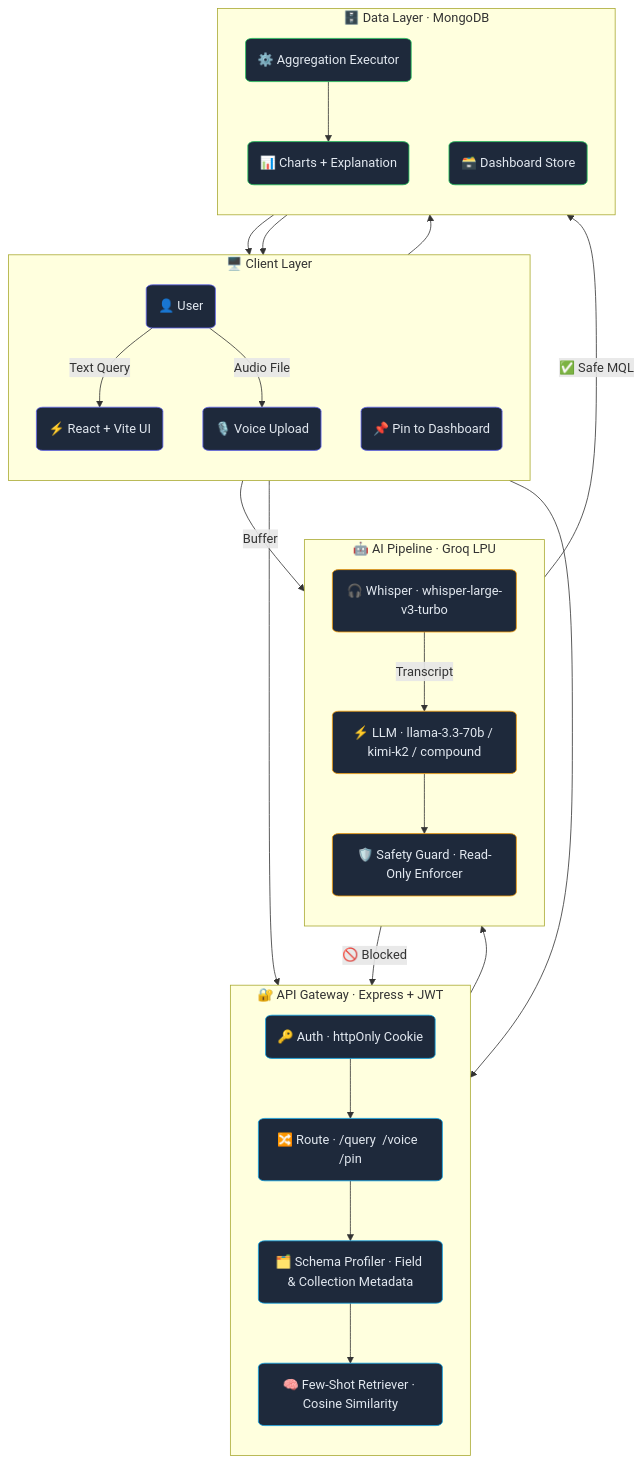
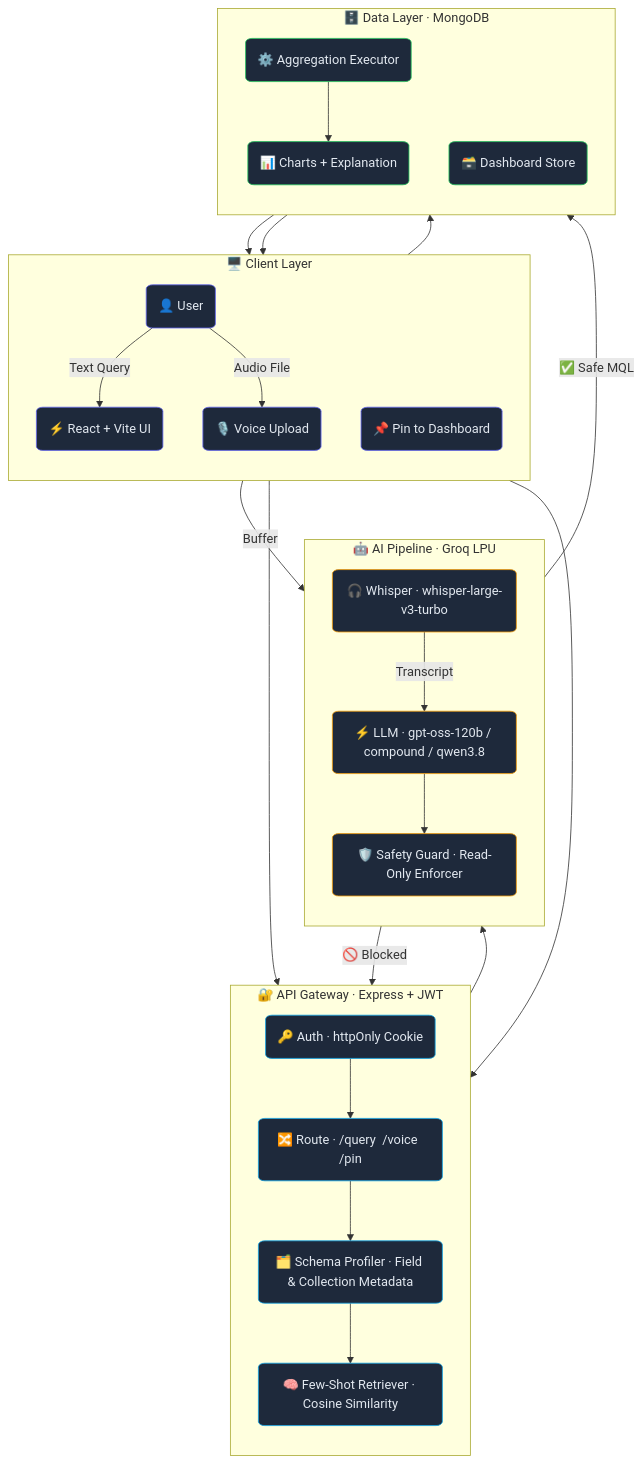
Before and after one commit to lakshmanbhukya/AtlasMind: the diagram in README.md, drawn with Mermaid. The commit also changed 2 other files, not shown here.

Commit message:
docs:  updated system architecture documentation, server environment template, and update LLM model references in README

````diff
--- a/README.md
+++ b/README.md
@@ -85,64 +85,64 @@
 ```mermaid
 flowchart TD
     subgraph CLIENT["🖥️  Client Layer"]
         direction TB
         U("👤 User")
         UI("⚡ React + Vite UI")
         VOICE("🎙️ Voice Upload")
         PIN("📌 Pin to Dashboard")
     end
 
     subgraph GATEWAY["🔐  API Gateway  ·  Express + JWT"]
         direction TB
         AUTH("🔑 Auth · httpOnly Cookie")
         ROUTE("🔀 Route · /query  /voice  /pin")
         SCHEMA("🗂️ Schema Profiler · Field & Collection Metadata")
         FEWSHOT("🧠 Few-Shot Retriever · Cosine Similarity")
     end
 
     subgraph AI["🤖  AI Pipeline  ·  Groq LPU"]
         direction TB
-        LLM("⚡ LLM · llama-3.3-70b / kimi-k2 / compound")
+        LLM("⚡ LLM · gpt-oss-120b / compound / qwen3.8")
         GUARD("🛡️ Safety Guard · Read-Only Enforcer")
         WHISPER("🎧 Whisper · whisper-large-v3-turbo")
     end
 
     subgraph DATA["🗄️  Data Layer  ·  MongoDB"]
         direction TB
         AGG("⚙️ Aggregation Executor")
         RESULT("📊 Charts + Explanation")
         DASH("🗃️ Dashboard Store")
     end
 
     U -- "Text Query" --> UI
     U -- "Audio File" --> VOICE
     UI --> AUTH
     VOICE --> AUTH
     AUTH --> ROUTE
 
     ROUTE --> SCHEMA
     SCHEMA --> FEWSHOT
     FEWSHOT --> LLM
 
     VOICE -- "Buffer" --> WHISPER
     WHISPER -- "Transcript" --> LLM
 
     LLM --> GUARD
     GUARD -- "✅ Safe MQL" --> AGG
     GUARD -- "🚫 Blocked" --> ROUTE
 
     AGG --> RESULT
     RESULT --> UI
     RESULT --> PIN
     PIN --> DASH
 
     classDef clientNode  fill:#1e293b,stroke:#6366f1,color:#e2e8f0,rx:8
     classDef gatewayNode fill:#1e293b,stroke:#0ea5e9,color:#e2e8f0,rx:8
     classDef aiNode      fill:#1e293b,stroke:#f59e0b,color:#e2e8f0,rx:8
     classDef dataNode    fill:#1e293b,stroke:#22c55e,color:#e2e8f0,rx:8
 
     class U,UI,VOICE,PIN clientNode
     class AUTH,ROUTE,SCHEMA,FEWSHOT gatewayNode
     class LLM,GUARD,WHISPER aiNode
     class AGG,RESULT,DASH dataNode
 ```
````
